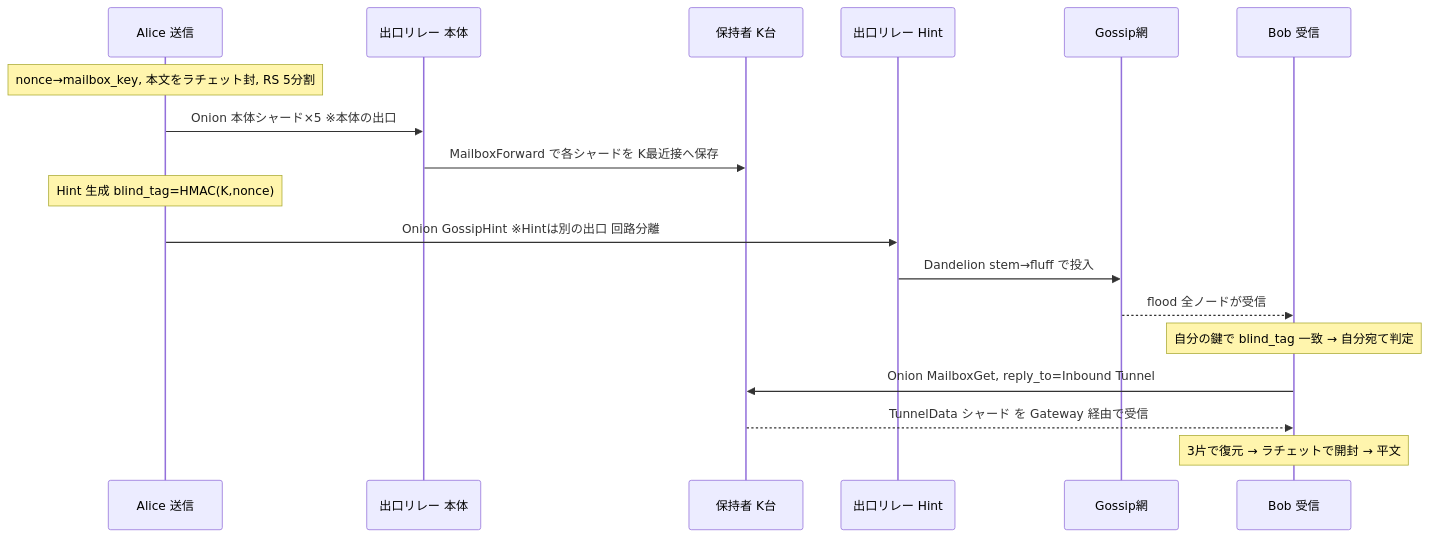
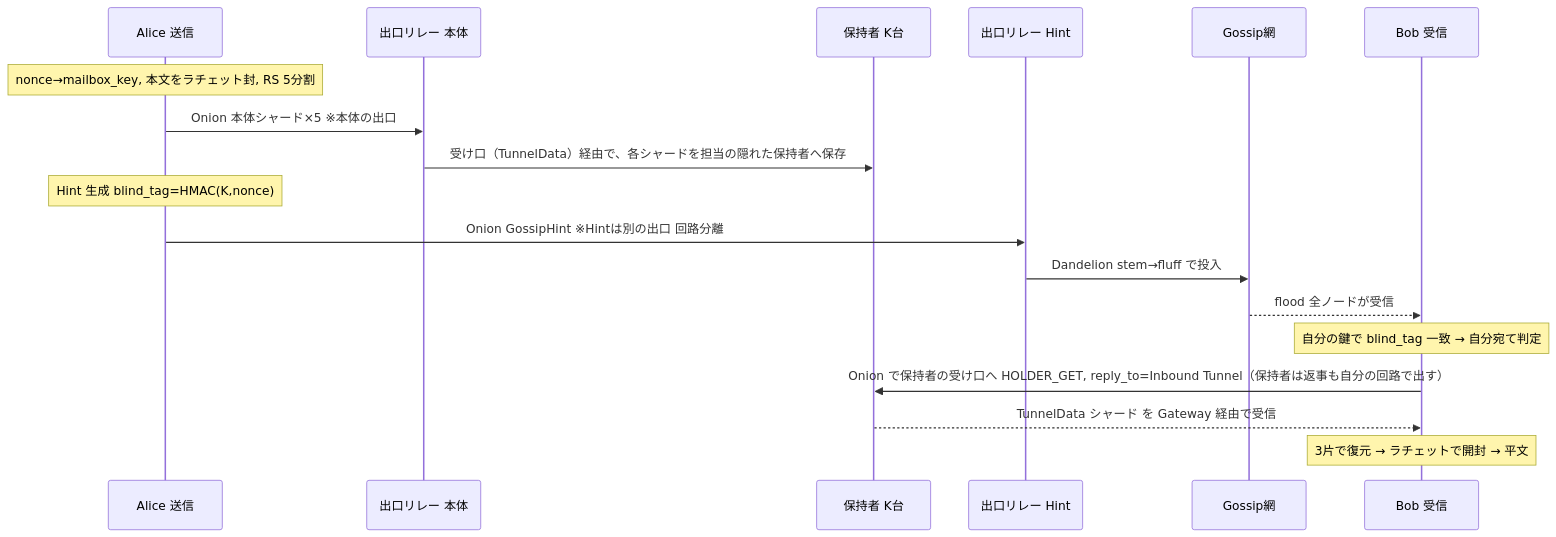
Before and after one commit to jkfujinami/AETHER: the diagram in README.md, drawn with Mermaid. The commit also changed other lines of this file and 1 other file, not shown here.

````diff
--- a/README.md
+++ b/README.md
@@ -246,21 +270,21 @@
 ```mermaid
 sequenceDiagram
     participant A as Alice 送信
     participant Eb as 出口リレー 本体
     participant H as 保持者 K台
     participant Eh as 出口リレー Hint
     participant G as Gossip網
     participant B as Bob 受信
 
     Note over A: nonce→mailbox_key, 本文をラチェット封, RS 5分割
     A->>Eb: Onion 本体シャード×5  ※本体の出口
-    Eb->>H: MailboxForward で各シャードを K最近接へ保存
+    Eb->>H: 受け口（TunnelData）経由で、各シャードを担当の隠れた保持者へ保存
     Note over A: Hint 生成 blind_tag=HMAC(K,nonce)
     A->>Eh: Onion GossipHint  ※Hintは別の出口 回路分離
     Eh->>G: Dandelion stem→fluff で投入
     G-->>B: flood 全ノードが受信
     Note over B: 自分の鍵で blind_tag 一致 → 自分宛て判定
-    B->>H: Onion MailboxGet, reply_to=Inbound Tunnel
+    B->>H: Onion で保持者の受け口へ HOLDER_GET, reply_to=Inbound Tunnel（保持者は返事も自分の回路で出す）
     H-->>B: TunnelData シャード を Gateway 経由で受信
     Note over B: 3片で復元 → ラチェットで開封 → 平文
 ```
````
